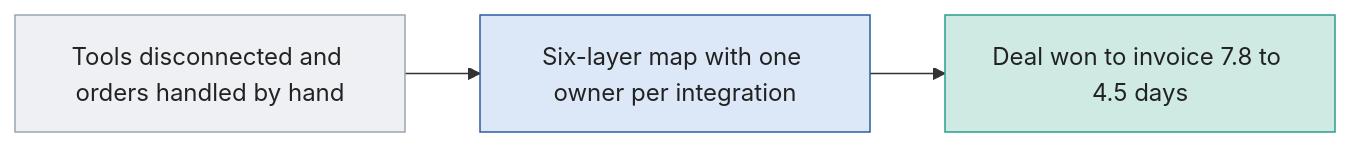
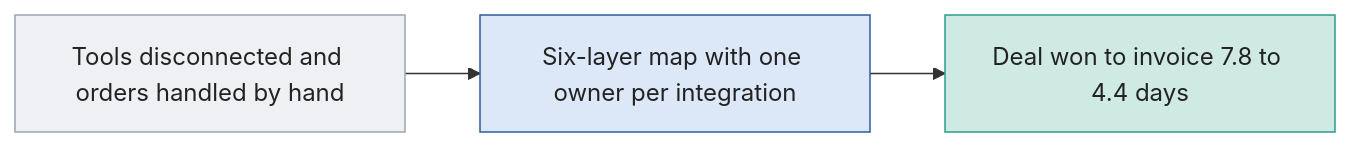
The first of 2 diagrams in 07-commercial-systems-architecture/README.md (rbanola1/RevOps-Portfolio), drawn with Mermaid before and after one commit. The commit also changed other lines of this file and 105 other files, not shown here.

````diff
--- a/07-commercial-systems-architecture/README.md
+++ b/07-commercial-systems-architecture/README.md
@@ -8,10 +8,10 @@
 ```mermaid
 flowchart LR
-    A["Tools disconnected and orders handled by hand"] --> B["Six-layer map with one owner per integration"] --> C["Deal won to invoice 7.8 to 4.5 days"]
+    A["Tools disconnected and orders handled by hand"] --> B["Six-layer map with one owner per integration"] --> C["Deal won to invoice 7.8 to 4.4 days"]
     classDef p fill:#EEF0F3,stroke:#9AA5B1,color:#222
     classDef b fill:#DCE8F7,stroke:#2B5C9E,color:#222
     classDef r fill:#CFE9E3,stroke:#2A9D8F,color:#222
     class A p
     class B b
     class C r
 ```
````
